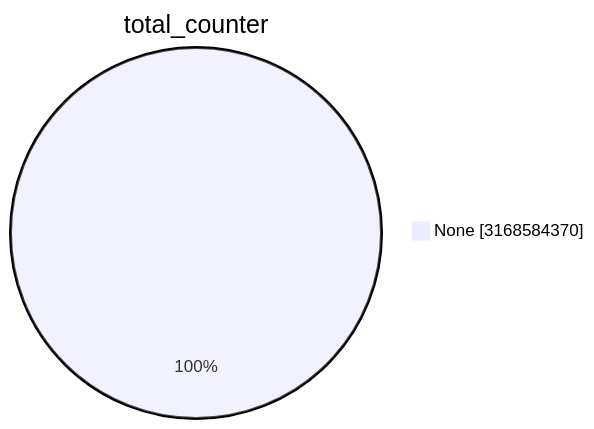
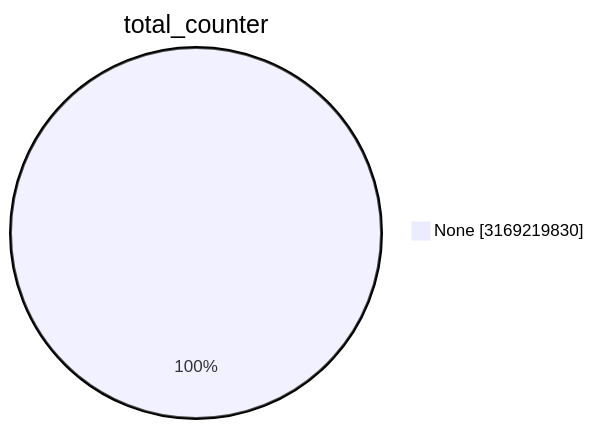
One commit to christiankrug/ctmonitor_visualization changed the first of 15 diagrams in TOTAL/README.md. Above: the diagram before and after it, drawn with Mermaid. The commit also changed other lines of this file, not shown here.

````diff
--- a/TOTAL/README.md
+++ b/TOTAL/README.md
@@ -1,5 +1,5 @@
 ```mermaid
 pie showData
 title total_counter
-"None" :3168584370
+"None" :3169219830
 ```
````
